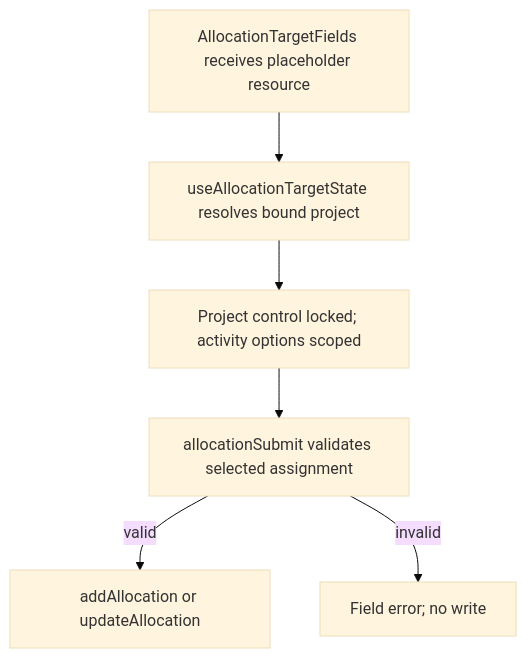
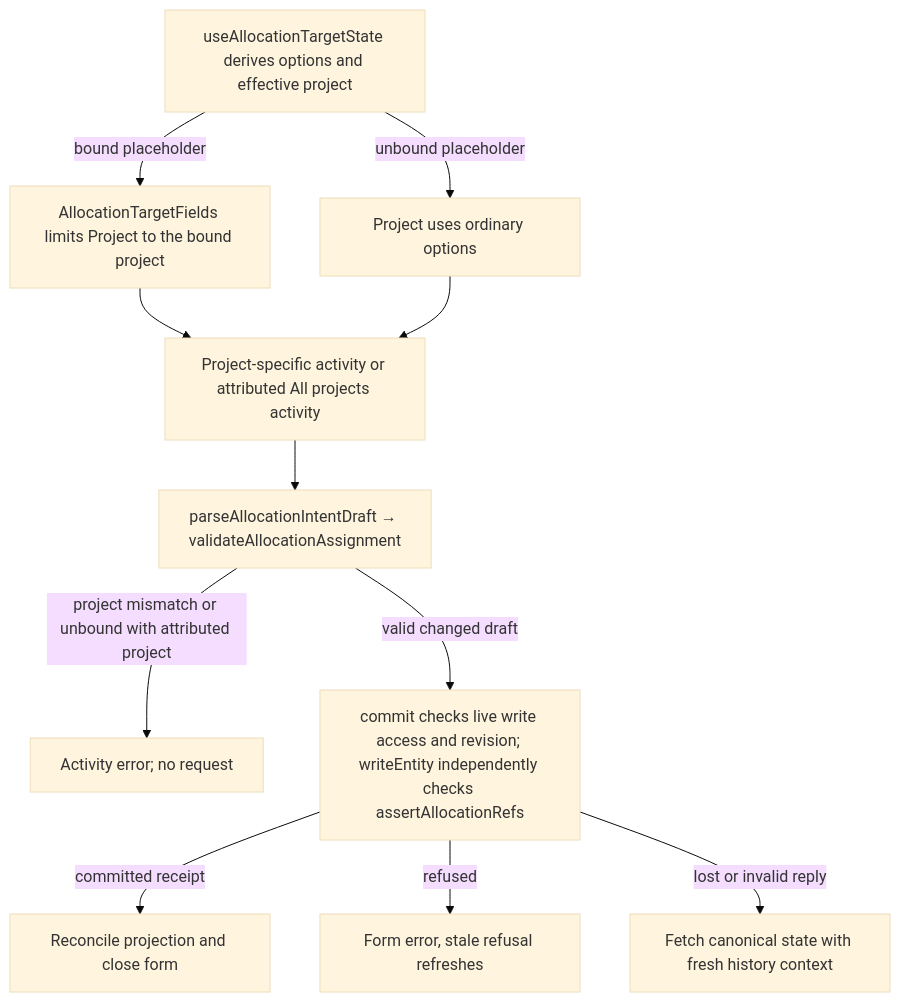
The second of 2 diagrams in user-stories/allocation/US-ALL-07-placeholder-locks-project.md (Kevinjohn/capacitylens), drawn with Mermaid (base theme) before and after one commit. The commit also changed other lines of this file and 172 other files, not shown here.

Commit message:
docs: reconcile user story code flows with source

````diff
--- a/user-stories/allocation/US-ALL-07-placeholder-locks-project.md
+++ b/user-stories/allocation/US-ALL-07-placeholder-locks-project.md
@@ -41,8 +41,13 @@
 ```mermaid
 flowchart TD
-  A["AllocationTargetFields receives placeholder resource"] --> B["useAllocationTargetState resolves bound project"]
-  B --> C["Project control locked; activity options scoped"]
-  C --> D["allocationSubmit validates selected assignment"]
-  D -->|valid| E["addAllocation or updateAllocation"]
-  D -->|invalid| F["Field error; no write"]
+  Form["useAllocationTargetState derives options and effective project"] -->|bound placeholder| Lock["AllocationTargetFields limits Project to the bound project"]
+  Form -->|unbound placeholder| Open["Project uses ordinary options"]
+  Lock --> Match["Project-specific activity or attributed All projects activity"]
+  Open --> Match
+  Match --> Check["parseAllocationIntentDraft → validateAllocationAssignment"]
+  Check -->|project mismatch or unbound with attributed project| Field["Activity error; no request"]
+  Check -->|valid changed draft| Commit["commit checks live write access and revision; writeEntity independently checks assertAllocationRefs"]
+  Commit -->|committed receipt| Saved["Reconcile projection and close form"]
+  Commit -->|refused| Error["Form error, stale refusal refreshes"]
+  Commit -->|lost or invalid reply| Unknown["Fetch canonical state with fresh history context"]
 ```
````
